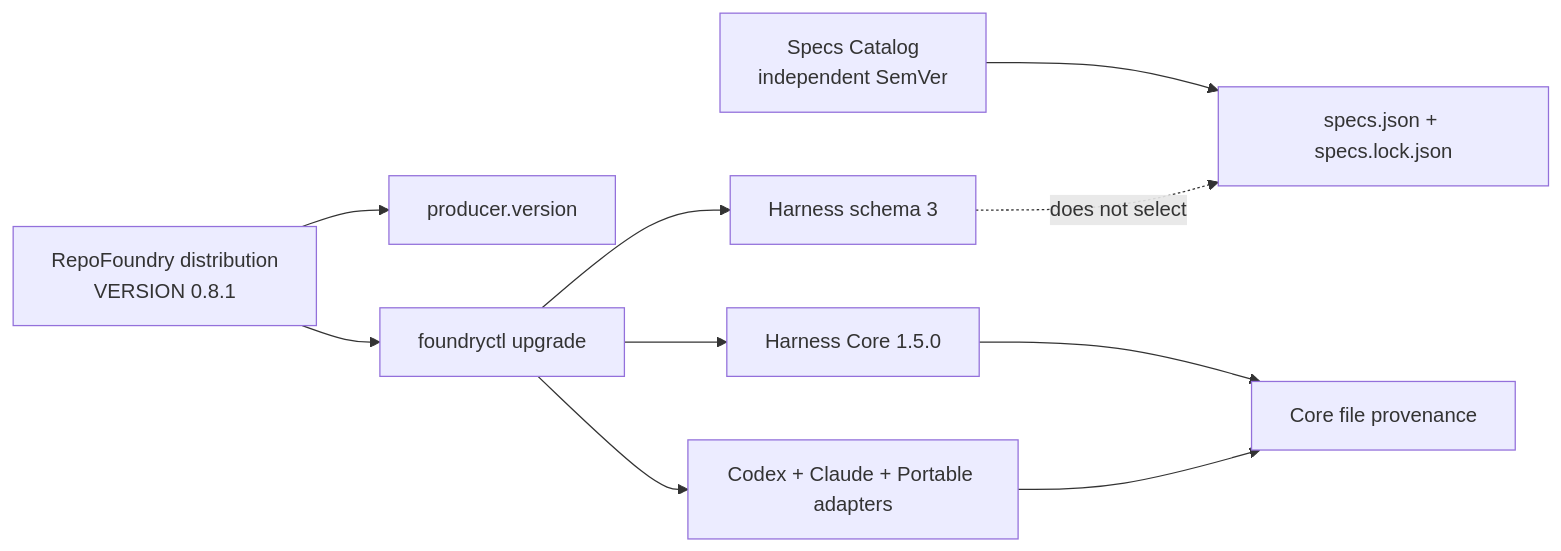
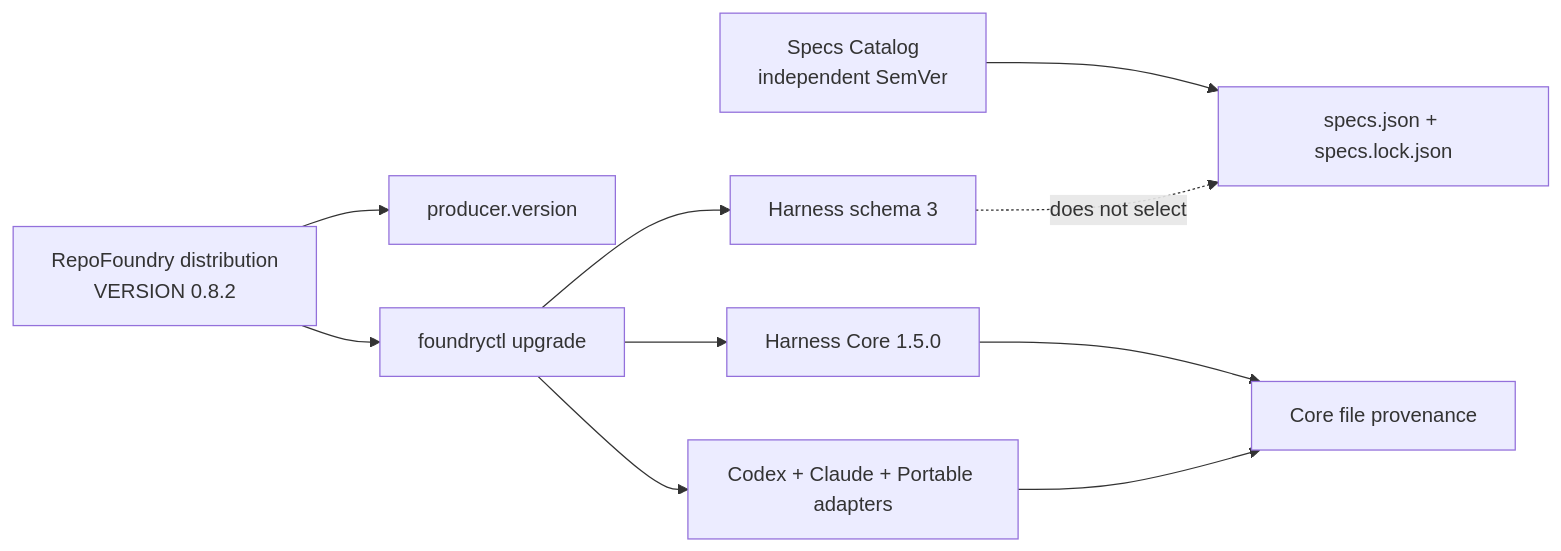
The first of 3 diagrams in docs/design-docs/repo-foundry-versioning-and-migrations.md (XiaoWeiKIN/RepoFoundryAI), drawn with Mermaid before and after one commit. The commit also changed other lines of this file and 22 other files, not shown here.

````diff
--- a/docs/design-docs/repo-foundry-versioning-and-migrations.md
+++ b/docs/design-docs/repo-foundry-versioning-and-migrations.md
@@ -129,12 +138,12 @@
 ```mermaid
 flowchart LR
-    D["RepoFoundry distribution<br/>VERSION 0.8.1"] --> P["producer.version"]
+    D["RepoFoundry distribution<br/>VERSION 0.8.2"] --> P["producer.version"]
     D --> U["foundryctl upgrade"]
     U --> H["Harness schema 3"]
     U --> C["Harness Core 1.5.0"]
     U --> A["Codex + Claude + Portable adapters"]
     C --> F["Core file provenance"]
     A --> F
     S["Specs Catalog<br/>independent SemVer"] --> L["specs.json + specs.lock.json"]
     H -.->|"does not select"| L
 ```
````
